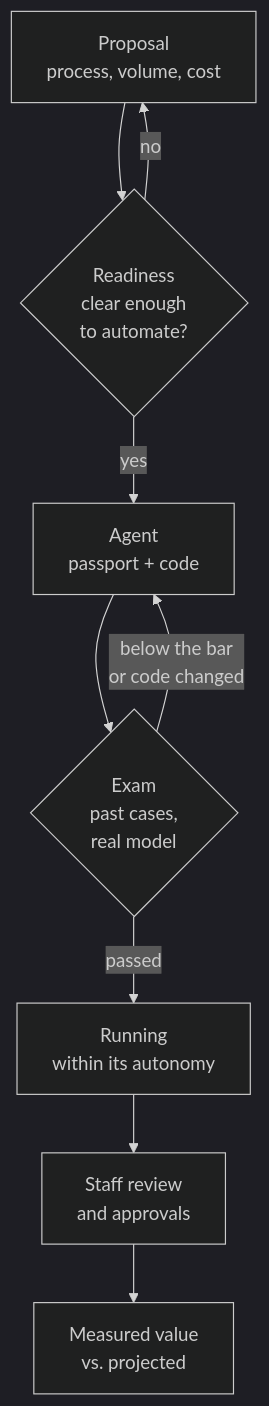
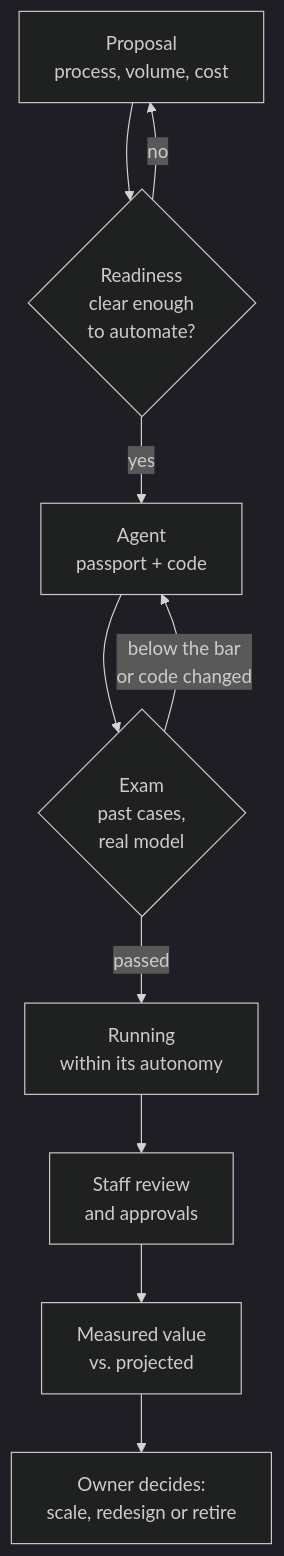
Before and after one commit to kirmskhq/ai-agent-launch-platform: the diagram in README.md, drawn with Mermaid (dark theme). The commit also changed other lines of this file, not shown here.

Commit message:
docs: keep one flow diagram at the top and date the latest acceptance run

````diff
--- a/README.md
+++ b/README.md
@@ -11,11 +11,12 @@
 ```mermaid
 flowchart TD
     A["Proposal<br/>process, volume, cost"] --> B{"Readiness<br/>clear enough<br/>to automate?"}
     B -- no --> A
     B -- yes --> C["Agent<br/>passport + code"]
     C --> D{"Exam<br/>past cases,<br/>real model"}
     D -- "below the bar<br/>or code changed" --> C
     D -- passed --> E["Running<br/>within its autonomy"]
     E --> F["Staff review<br/>and approvals"]
     F --> G["Measured value<br/>vs. projected"]
+    G --> H["Owner decides:<br/>scale, redesign or retire"]
 ```
````
